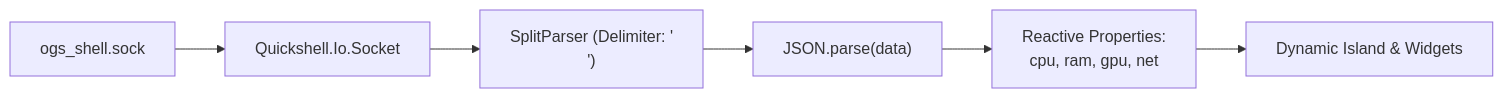
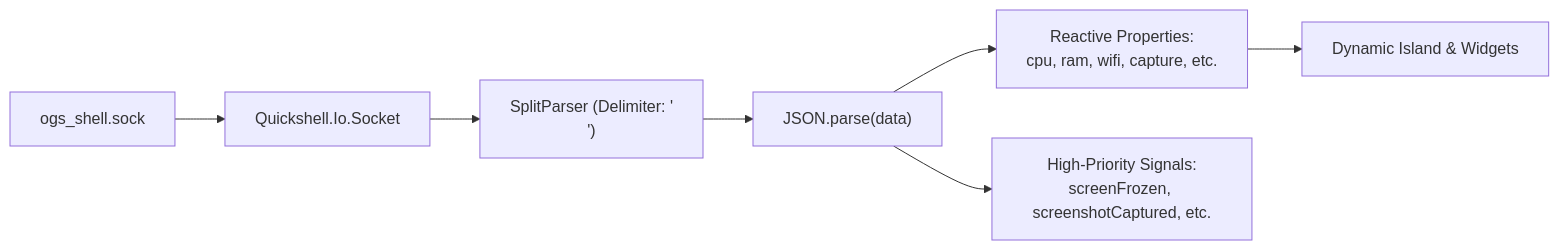
One commit to ogsammaenr/OgsShell-qs changed the diagram in ogsShell-qs_brain/03-UI-Components/Daemon-IPC-Client.md. Above: the diagram before and after it, drawn with Mermaid. The commit also changed other lines of this file and 15 other files, not shown here.

````diff
--- a/ogsShell-qs_brain/03-UI-Components/Daemon-IPC-Client.md
+++ b/ogsShell-qs_brain/03-UI-Components/Daemon-IPC-Client.md
@@ -28,8 +29,9 @@
 ```mermaid
 graph LR
     SOCK["ogs_shell.sock"] --> QMSOCK["Quickshell.Io.Socket"]
     QMSOCK --> SPLIT["SplitParser (Delimiter: '\n')"]
     SPLIT --> PARSE["JSON.parse(data)"]
-    PARSE --> PROPS["Reactive Properties:<br/>cpu, ram, gpu, net"]
+    PARSE --> PROPS["Reactive Properties:<br/>cpu, ram, wifi, capture, etc."]
+    PARSE --> SIGS["High-Priority Signals:<br/>screenFrozen, screenshotCaptured, etc."]
     PROPS --> UI["Dynamic Island & Widgets"]
 ```
````
